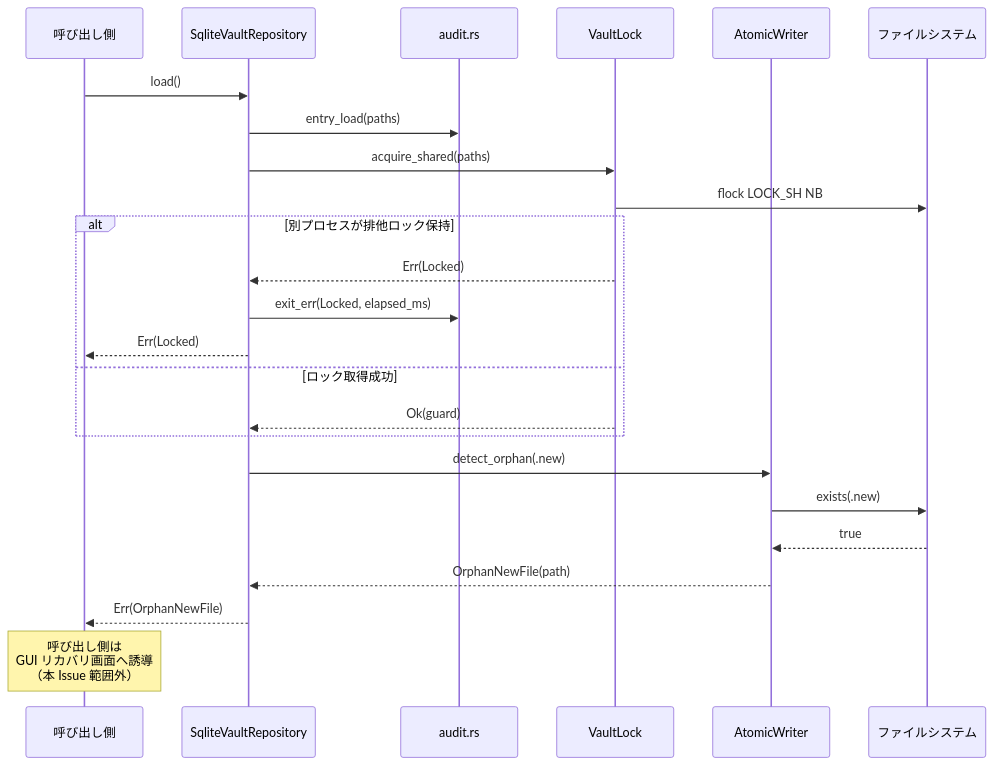
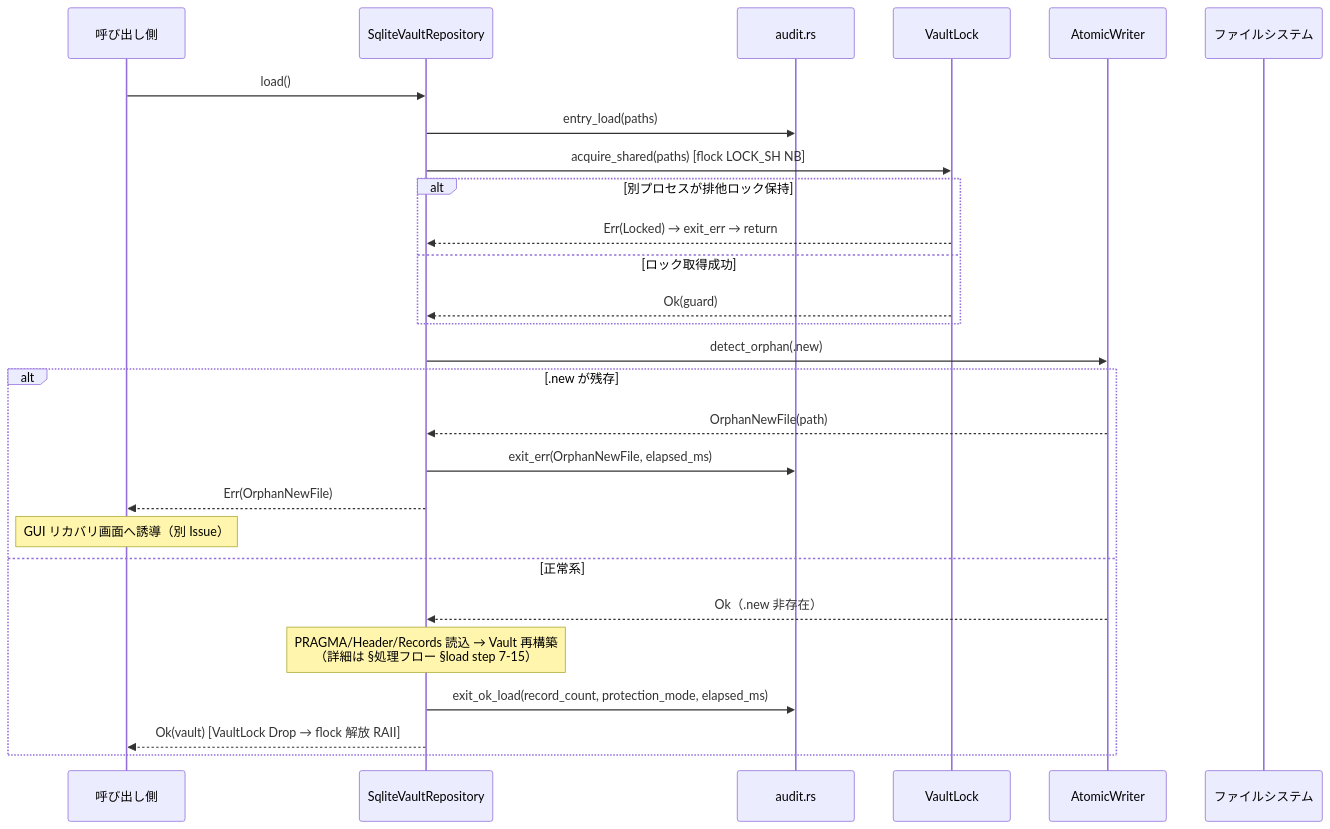
Before and after one commit to shikomi-dev/shikomi: the fourth of 5 diagrams in docs/features/vault-persistence/basic-design.md, drawn with Mermaid. The commit also changed other lines of this file and 2 other files, not shown here.

First line of the commit message:
docs(vault-persistence): レビュー第3ラウンド指摘を全点反映 (#10)

````diff
--- a/docs/features/vault-persistence/basic-design.md
+++ b/docs/features/vault-persistence/basic-design.md
@@ -293,27 +292,30 @@
 ```mermaid
 sequenceDiagram
     participant Caller as 呼び出し側
     participant Repo as SqliteVaultRepository
     participant Audit as audit.rs
     participant Lock as VaultLock
     participant Atomic as AtomicWriter
     participant FS as ファイルシステム
 
     Caller->>Repo: load()
     Repo->>Audit: entry_load(paths)
-    Repo->>Lock: acquire_shared(paths)
-    Lock->>FS: flock LOCK_SH NB
+    Repo->>Lock: acquire_shared(paths) [flock LOCK_SH NB]
     alt 別プロセスが排他ロック保持
-        Lock-->>Repo: Err(Locked)
-        Repo->>Audit: exit_err(Locked, elapsed_ms)
-        Repo-->>Caller: Err(Locked)
+        Lock-->>Repo: Err(Locked) → exit_err → return
     else ロック取得成功
         Lock-->>Repo: Ok(guard)
     end
     Repo->>Atomic: detect_orphan(.new)
-    Atomic->>FS: exists(.new)
-    FS-->>Atomic: true
-    Atomic-->>Repo: OrphanNewFile(path)
-    Repo-->>Caller: Err(OrphanNewFile)
-    Note over Caller: 呼び出し側は<br/>GUI リカバリ画面へ誘導<br/>（本 Issue 範囲外）
+    alt .new が残存
+        Atomic-->>Repo: OrphanNewFile(path)
+        Repo->>Audit: exit_err(OrphanNewFile, elapsed_ms)
+        Repo-->>Caller: Err(OrphanNewFile)
+        Note over Caller: GUI リカバリ画面へ誘導（別 Issue）
+    else 正常系
+        Atomic-->>Repo: Ok（.new 非存在）
+        Note over Repo: PRAGMA/Header/Records 読込 → Vault 再構築<br/>（詳細は §処理フロー §load step 7-15）
+        Repo->>Audit: exit_ok_load(record_count, protection_mode, elapsed_ms)
+        Repo-->>Caller: Ok(vault) [VaultLock Drop → flock 解放 RAII]
+    end
 ```
````
